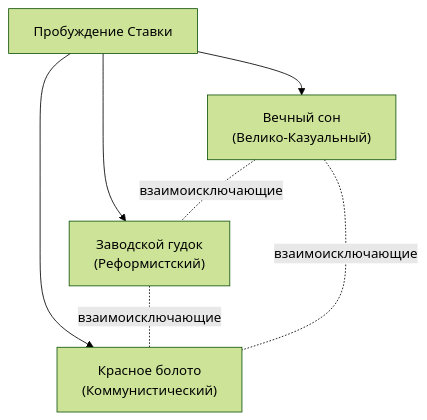
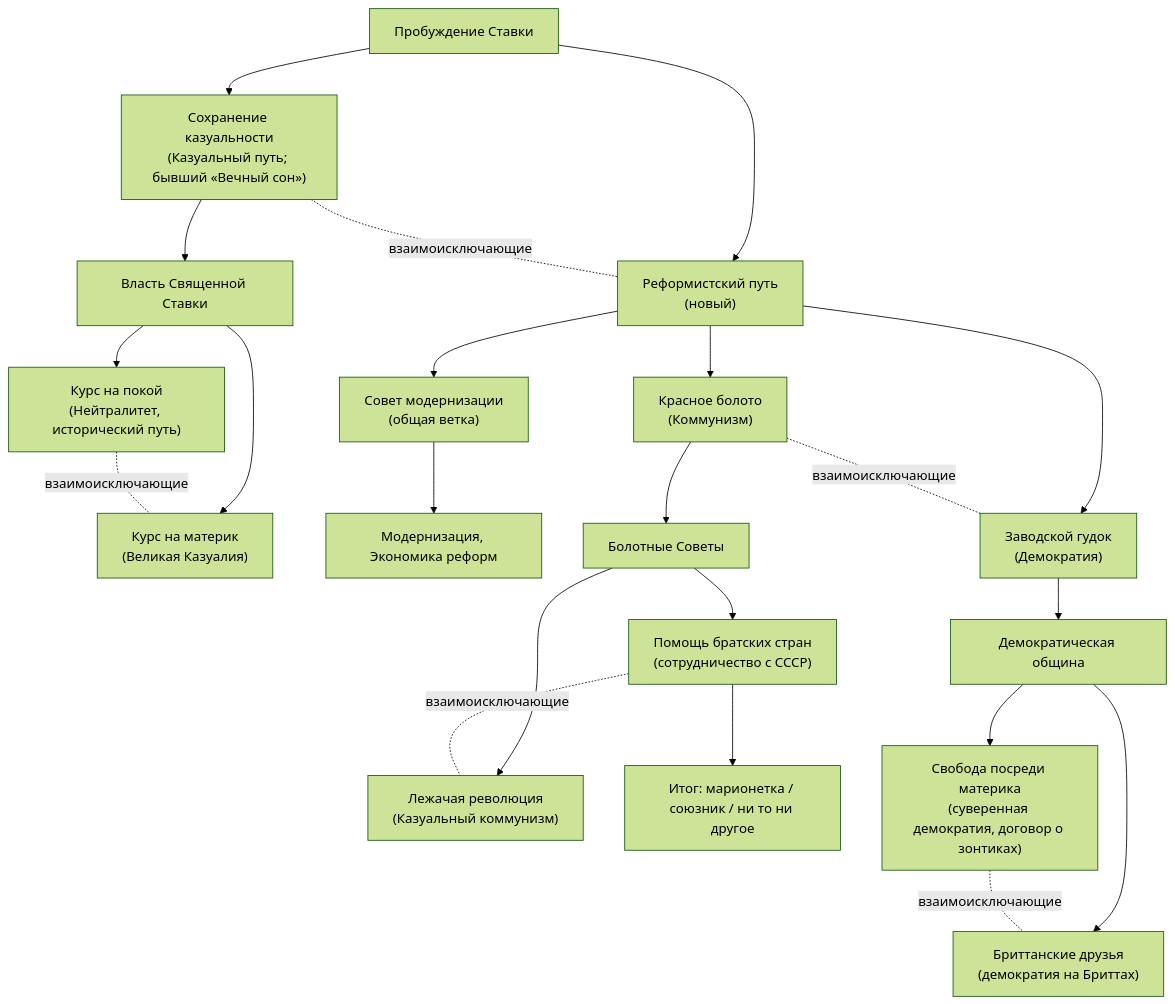
The first of 12 diagrams in docs/focuses/Kazualia-Focus-Tree.md (CatShredia/casuality-mod), drawn with Mermaid (forest theme) before and after one commit. The commit also changed other lines of this file and 8 other files, not shown here.

````diff
--- a/docs/focuses/Kazualia-Focus-Tree.md
+++ b/docs/focuses/Kazualia-Focus-Tree.md
@@ -27,9 +34,24 @@
 ```mermaid
 flowchart TD
-    P0["Пробуждение Ставки"] --> P1["Вечный сон<br/>(Велико-Казуальный)"]
-    P0 --> P2["Заводской гудок<br/>(Реформистский)"]
-    P0 --> P3["Красное болото<br/>(Коммунистический)"]
+    P0["Пробуждение Ставки"] --> P1["Сохранение казуальности<br/>(Казуальный путь; бывший «Вечный сон»)"]
+    P0 --> P2["Реформистский путь<br/>(новый)"]
     P1 -. "взаимоисключающие" .- P2
-    P2 -. "взаимоисключающие" .- P3
-    P1 -. "взаимоисключающие" .- P3
+    P1 --> G0["Власть Священной Ставки"]
+    G0 --> GN["Курс на покой<br/>(Нейтралитет, исторический путь)"]
+    G0 --> GG["Курс на материк<br/>(Великая Казуалия)"]
+    GN -. "взаимоисключающие" .- GG
+    P2 --> M0["Совет модернизации<br/>(общая ветка)"]
+    M0 --> MX["Модернизация, Экономика реформ"]
+    P2 --> P3["Красное болото<br/>(Коммунизм)"]
+    P2 --> P4["Заводской гудок<br/>(Демократия)"]
+    P3 -. "взаимоисключающие" .- P4
+    P3 --> CC["Болотные Советы"]
+    CC --> CS["Помощь братских стран<br/>(сотрудничество с СССР)"]
+    CC --> CK["Лежачая революция<br/>(Казуальный коммунизм)"]
+    CS -. "взаимоисключающие" .- CK
+    CS --> CF["Итог: марионетка / союзник / ни то ни другое"]
+    P4 --> DD["Демократическая община"]
+    DD --> DS["Свобода посреди материка<br/>(суверенная демократия, договор о зонтиках)"]
+    DD --> DB["Бриттанские друзья<br/>(демократия на Бриттах)"]
+    DS -. "взаимоисключающие" .- DB
 ```
````
